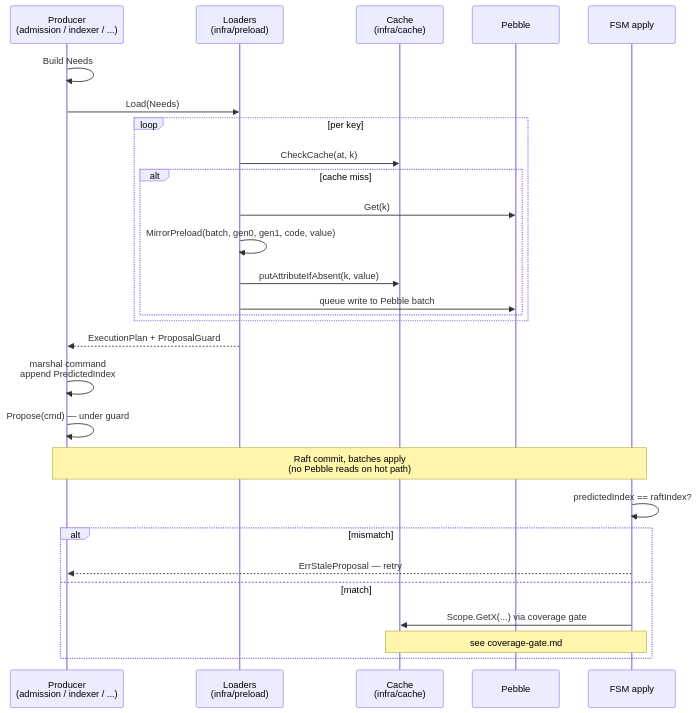
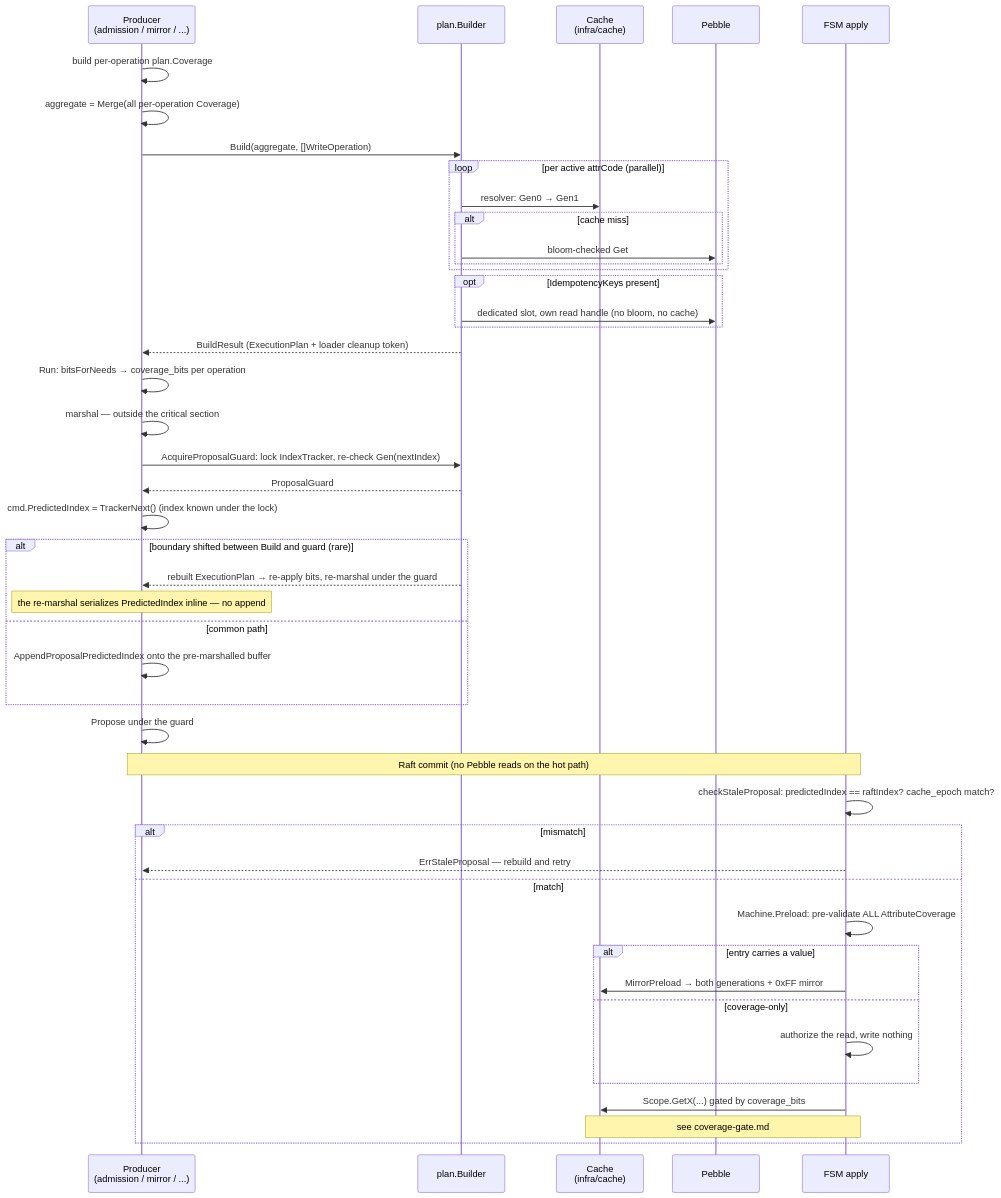
Before and after one commit to formancehq/ledger: the second of 2 diagrams in docs/technical/architecture/subsystems/fsm/preload.md, drawn with Mermaid. The commit also changed other lines of this file and 15 other files, not shown here.

First line of the commit message:
docs(EN-1565): update preload documentation after the Coverage refactor (#1648)

````diff
--- a/docs/technical/architecture/subsystems/fsm/preload.md
+++ b/docs/technical/architecture/subsystems/fsm/preload.md
@@ -113,31 +217,48 @@
 ```mermaid
 sequenceDiagram
-    participant P as Producer<br/>(admission / indexer / ...)
-    participant L as Loaders<br/>(infra/preload)
+    participant P as Producer<br/>(admission / mirror / ...)
+    participant B as plan.Builder
     participant C as Cache<br/>(infra/cache)
     participant Peb as Pebble
     participant FSM as FSM apply
 
-    P->>P: Build Needs
-    P->>L: Load(Needs)
-    loop per key
-        L->>C: CheckCache(at, k)
+    P->>P: build per-operation plan.Coverage
+    P->>P: aggregate = Merge(all per-operation Coverage)
+    P->>B: Build(aggregate, []WriteOperation)
+    loop per active attrCode (parallel)
+        B->>C: resolver: Gen0 → Gen1
         alt cache miss
-            L->>Peb: Get(k)
-            L->>L: MirrorPreload(batch, gen0, gen1, code, value)
-            L->>C: putAttributeIfAbsent(k, value)
-            L->>Peb: queue write to Pebble batch
+            B->>Peb: bloom-checked Get
         end
     end
-    L-->>P: ExecutionPlan + ProposalGuard
-    P->>P: marshal command<br/>append PredictedIndex
-    P->>P: Propose(cmd) — under guard
-    Note over P,FSM: Raft commit, batches apply<br/>(no Pebble reads on hot path)
-    FSM->>FSM: predictedIndex == raftIndex?
+    opt IdempotencyKeys present
+        B->>Peb: dedicated slot, own read handle (no bloom, no cache)
+    end
+    B-->>P: BuildResult (ExecutionPlan + loader cleanup token)
+    P->>P: Run: bitsForNeeds → coverage_bits per operation
+    P->>P: marshal — outside the critical section
+    P->>B: AcquireProposalGuard: lock IndexTracker, re-check Gen(nextIndex)
+    B-->>P: ProposalGuard
+    P->>P: cmd.PredictedIndex = TrackerNext() (index known under the lock)
+    alt boundary shifted between Build and guard (rare)
+        B-->>P: rebuilt ExecutionPlan → re-apply bits, re-marshal under the guard
+        Note over P: the re-marshal serializes PredictedIndex inline — no append
+    else common path
+        P->>P: AppendProposalPredictedIndex onto the pre-marshalled buffer
+    end
+    P->>P: Propose under the guard
+    Note over P,FSM: Raft commit (no Pebble reads on the hot path)
+    FSM->>FSM: checkStaleProposal: predictedIndex == raftIndex? cache_epoch match?
     alt mismatch
-        FSM-->>P: ErrStaleProposal — retry
+        FSM-->>P: ErrStaleProposal — rebuild and retry
     else match
-        FSM->>C: Scope.GetX(...) via coverage gate
+        FSM->>FSM: Machine.Preload: pre-validate ALL AttributeCoverage
+        alt entry carries a value
+            FSM->>C: MirrorPreload → both generations + 0xFF mirror
+        else coverage-only
+            FSM->>FSM: authorize the read, write nothing
+        end
+        FSM->>C: Scope.GetX(...) gated by coverage_bits
         Note over FSM,C: see coverage-gate.md
     end
 ```
````
